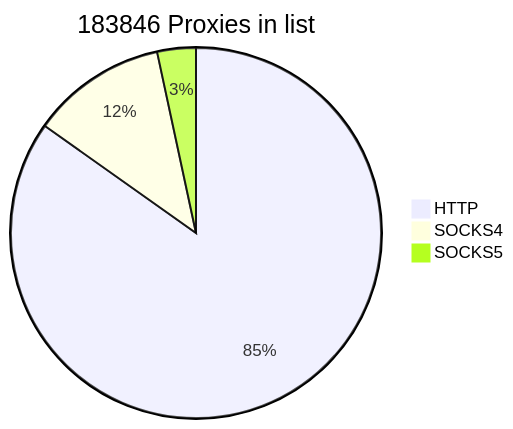
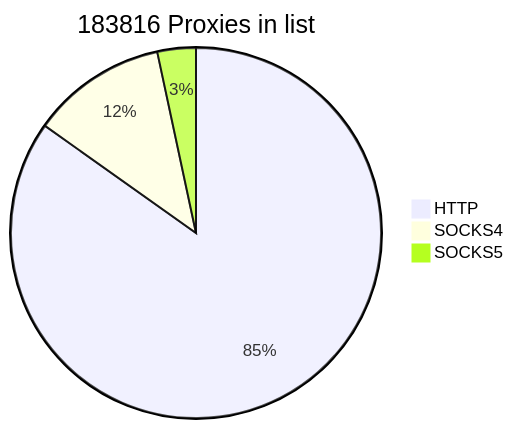
The first of 2 diagrams in README.md (cutipu/proxylist), drawn with Mermaid before and after one commit. The commit also changed other lines of this file, not shown here.

````diff
--- a/README.md
+++ b/README.md
@@ -2,7 +2,7 @@
 ```mermaid
-pie title 183846 Proxies in list
-    "HTTP" : 155919
-    "SOCKS4" : 21730
-    "SOCKS5" : 6197
+pie title 183816 Proxies in list
+    "HTTP" : 155920
+    "SOCKS4" : 21726
+    "SOCKS5" : 6170
             
 ```
````
